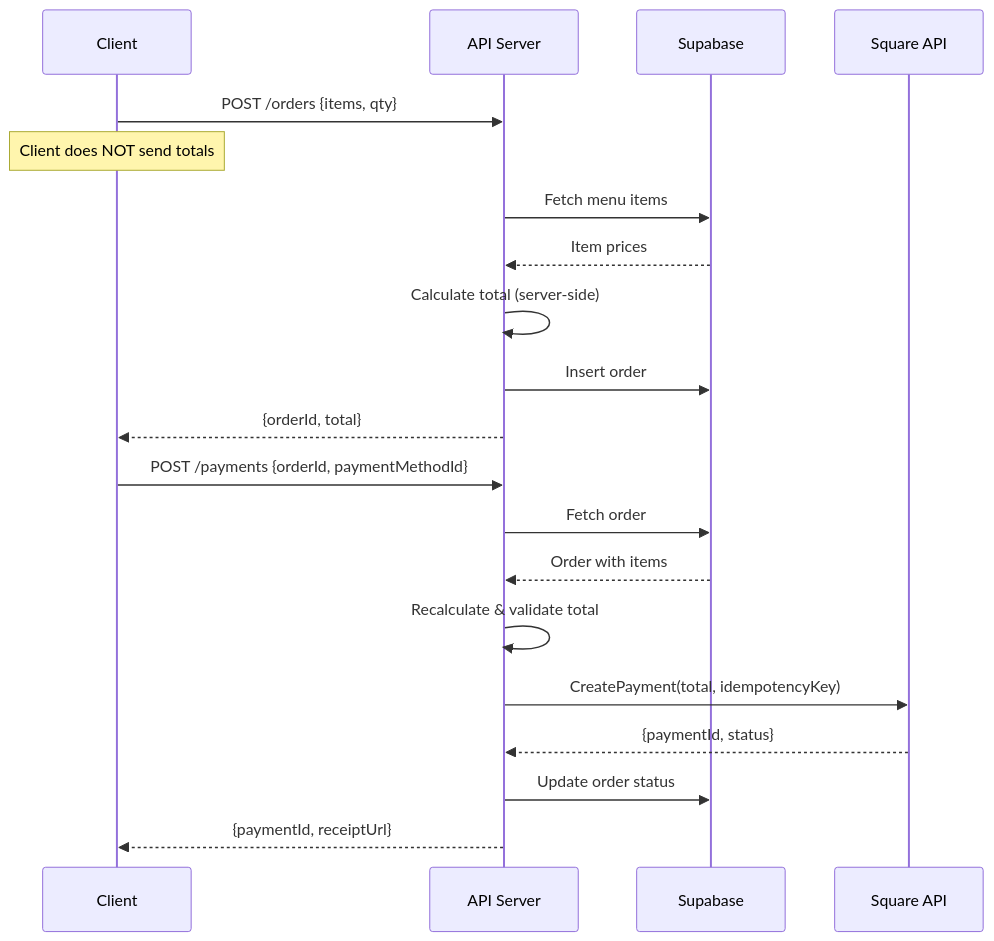
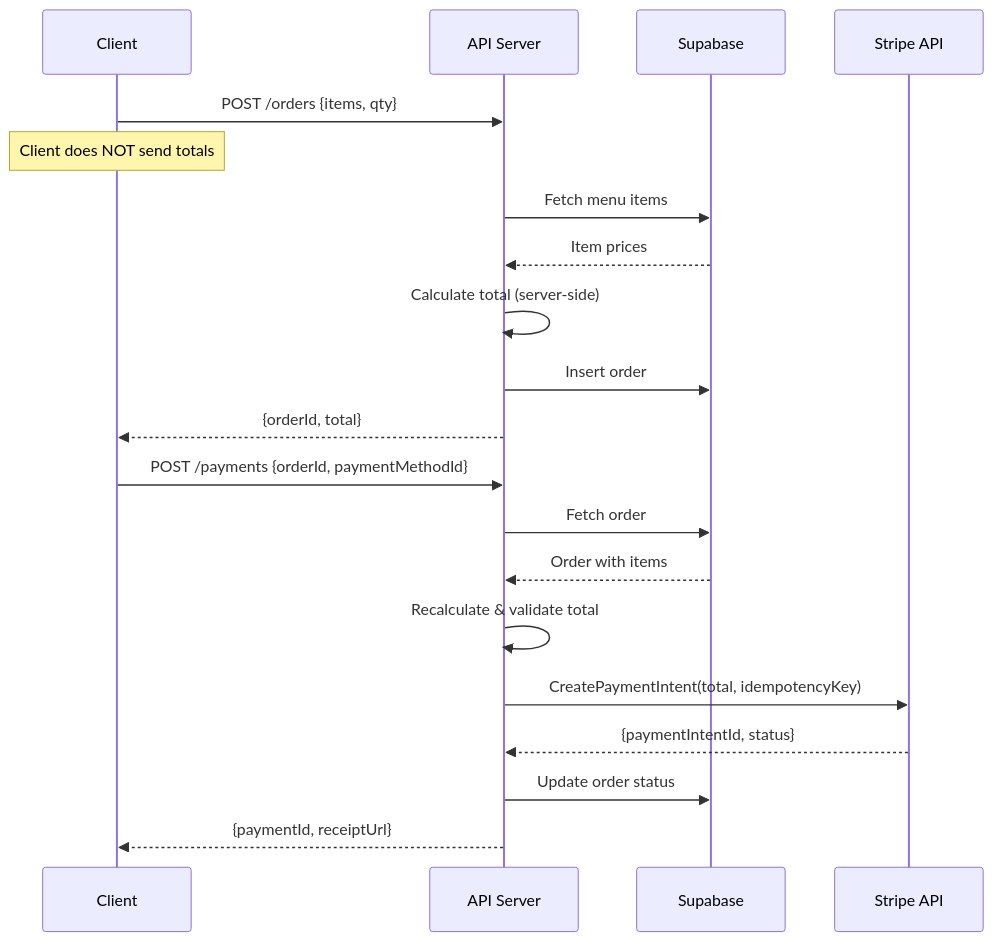
The diagram in docs/explanation/architecture/diagrams/payment-flow.md (mikeyoung304/July25), drawn with Mermaid before and after one commit. The commit also changed 107 other files, not shown here.

First line of the commit message:
docs: migrate Square references to Stripe across codebase

````diff
--- a/docs/explanation/architecture/diagrams/payment-flow.md
+++ b/docs/explanation/architecture/diagrams/payment-flow.md
@@ -7,24 +7,24 @@
 ```mermaid
 sequenceDiagram
     participant Client
     participant API as API Server
     participant DB as Supabase
-    participant Square as Square API
+    participant Stripe as Stripe API
 
     Client->>API: POST /orders {items, qty}
     Note over Client: Client does NOT send totals
     API->>DB: Fetch menu items
     DB-->>API: Item prices
     API->>API: Calculate total (server-side)
     API->>DB: Insert order
     API-->>Client: {orderId, total}
 
     Client->>API: POST /payments {orderId, paymentMethodId}
     API->>DB: Fetch order
     DB-->>API: Order with items
     API->>API: Recalculate & validate total
-    API->>Square: CreatePayment(total, idempotencyKey)
-    Square-->>API: {paymentId, status}
+    API->>Stripe: CreatePaymentIntent(total, idempotencyKey)
+    Stripe-->>API: {paymentIntentId, status}
     API->>DB: Update order status
     API-->>Client: {paymentId, receiptUrl}
 ```
````
